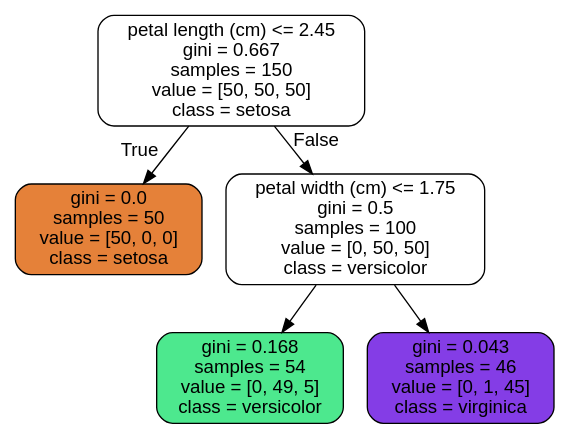
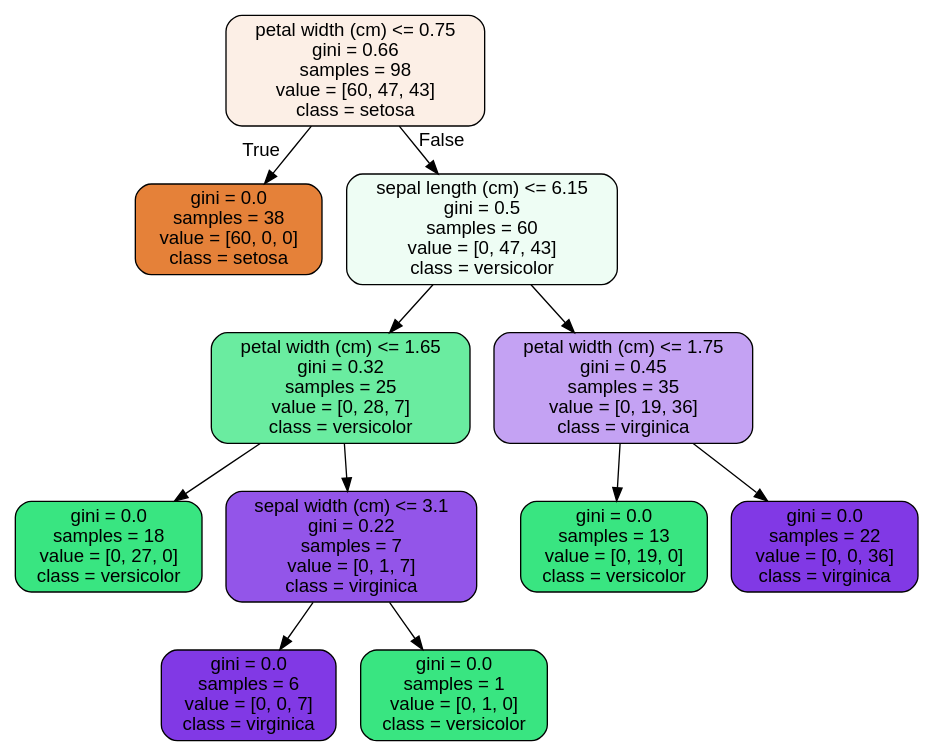
Before and after one commit to EKHTEAR/CSE445-Machine-Learning-AzK-: the diagram in Irish_Dataset_Project/tree.dot, drawn with Graphviz. The commit also changed 1 other file, not shown here.

```diff
--- a/Irish_Dataset_Project/tree.dot
+++ b/Irish_Dataset_Project/tree.dot
@@ -1,13 +1,25 @@
 digraph Tree {
 node [shape=box, style="filled, rounded", color="black", fontname=helvetica] ;
 edge [fontname=helvetica] ;
-0 [label="petal length (cm) <= 2.45\ngini = 0.667\nsamples = 150\nvalue = [50, 50, 50]\nclass = setosa", fillcolor="#ffffff"] ;
-1 [label="gini = 0.0\nsamples = 50\nvalue = [50, 0, 0]\nclass = setosa", fillcolor="#e58139"] ;
+0 [label="petal width (cm) <= 0.75\ngini = 0.66\nsamples = 98\nvalue = [60, 47, 43]\nclass = setosa", fillcolor="#fcefe6"] ;
+1 [label="gini = 0.0\nsamples = 38\nvalue = [60, 0, 0]\nclass = setosa", fillcolor="#e58139"] ;
 0 -> 1 [labeldistance=2.5, labelangle=45, headlabel="True"] ;
-2 [label="petal width (cm) <= 1.75\ngini = 0.5\nsamples = 100\nvalue = [0, 50, 50]\nclass = versicolor", fillcolor="#ffffff"] ;
+2 [label="sepal length (cm) <= 6.15\ngini = 0.5\nsamples = 60\nvalue = [0, 47, 43]\nclass = versicolor", fillcolor="#eefdf4"] ;
 0 -> 2 [labeldistance=2.5, labelangle=-45, headlabel="False"] ;
-3 [label="gini = 0.168\nsamples = 54\nvalue = [0, 49, 5]\nclass = versicolor", fillcolor="#4de88e"] ;
+3 [label="petal width (cm) <= 1.65\ngini = 0.32\nsamples = 25\nvalue = [0, 28, 7]\nclass = versicolor", fillcolor="#6aeca0"] ;
 2 -> 3 ;
-4 [label="gini = 0.043\nsamples = 46\nvalue = [0, 1, 45]\nclass = virginica", fillcolor="#843de6"] ;
-2 -> 4 ;
+4 [label="gini = 0.0\nsamples = 18\nvalue = [0, 27, 0]\nclass = versicolor", fillcolor="#39e581"] ;
+3 -> 4 ;
+5 [label="sepal width (cm) <= 3.1\ngini = 0.22\nsamples = 7\nvalue = [0, 1, 7]\nclass = virginica", fillcolor="#9355e9"] ;
+3 -> 5 ;
+6 [label="gini = 0.0\nsamples = 6\nvalue = [0, 0, 7]\nclass = virginica", fillcolor="#8139e5"] ;
+5 -> 6 ;
+7 [label="gini = 0.0\nsamples = 1\nvalue = [0, 1, 0]\nclass = versicolor", fillcolor="#39e581"] ;
+5 -> 7 ;
+8 [label="petal width (cm) <= 1.75\ngini = 0.45\nsamples = 35\nvalue = [0, 19, 36]\nclass = virginica", fillcolor="#c4a2f3"] ;
+2 -> 8 ;
+9 [label="gini = 0.0\nsamples = 13\nvalue = [0, 19, 0]\nclass = versicolor", fillcolor="#39e581"] ;
+8 -> 9 ;
+10 [label="gini = 0.0\nsamples = 22\nvalue = [0, 0, 36]\nclass = virginica", fillcolor="#8139e5"] ;
+8 -> 10 ;
 }
```
